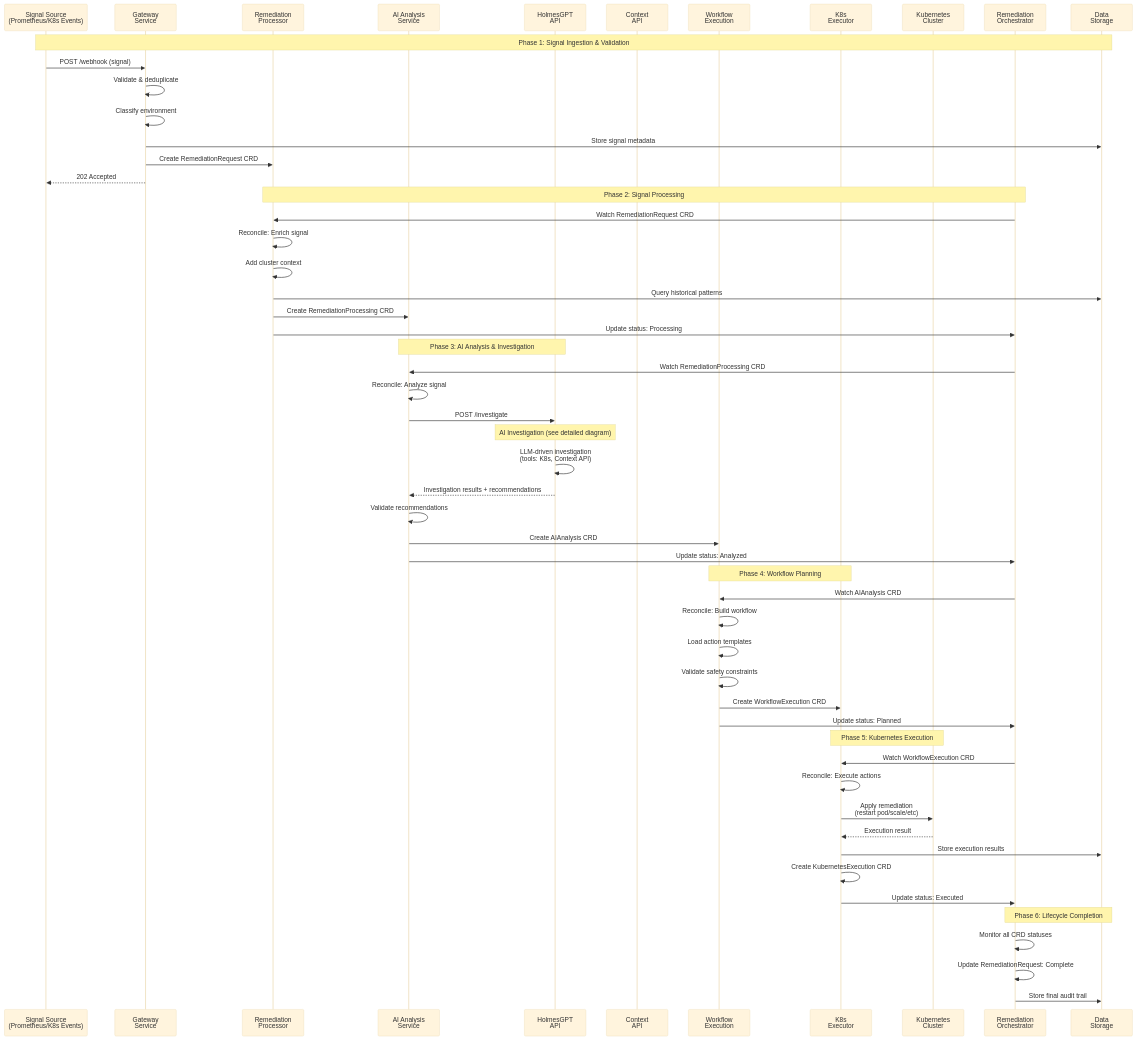
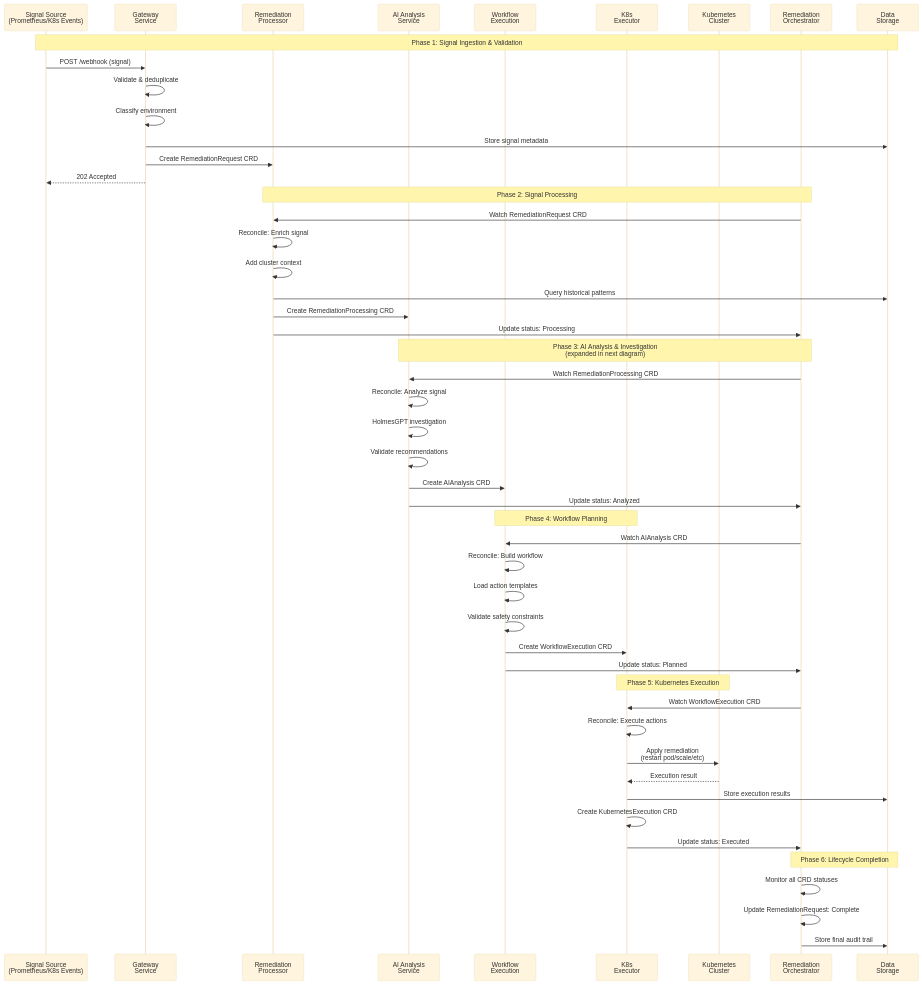
One commit to jordigilh/kubernaut changed the second of 3 diagrams in docs/architecture/APPROVED_MICROSERVICES_ARCHITECTURE.md. Above: the diagram before and after it, drawn with Mermaid (base theme).

First paragraph of the commit message:
docs(architecture): Abstract AI investigation from happy path diagram
Fully abstracted AI investigation details from the happy path sequence diagram for maximum clarity and readability.

````diff
--- a/docs/architecture/APPROVED_MICROSERVICES_ARCHITECTURE.md
+++ b/docs/architecture/APPROVED_MICROSERVICES_ARCHITECTURE.md
@@ -217,65 +217,58 @@
 ```mermaid
 sequenceDiagram
     participant SRC as Signal Source<br/>(Prometheus/K8s Events)
     participant GW as Gateway<br/>Service
     participant RP as Remediation<br/>Processor
     participant AI as AI Analysis<br/>Service
-    participant HGP as HolmesGPT<br/>API
-    participant CTX as Context<br/>API
     participant WF as Workflow<br/>Execution
     participant EX as K8s<br/>Executor
     participant K8S as Kubernetes<br/>Cluster
     participant ORCH as Remediation<br/>Orchestrator
     participant ST as Data<br/>Storage
 
     Note over SRC,ST: Phase 1: Signal Ingestion & Validation
     SRC->>GW: POST /webhook (signal)
     GW->>GW: Validate & deduplicate
     GW->>GW: Classify environment
     GW->>ST: Store signal metadata
     GW->>RP: Create RemediationRequest CRD
     GW-->>SRC: 202 Accepted
 
     Note over RP,ORCH: Phase 2: Signal Processing
     ORCH->>RP: Watch RemediationRequest CRD
     RP->>RP: Reconcile: Enrich signal
     RP->>RP: Add cluster context
     RP->>ST: Query historical patterns
     RP->>AI: Create RemediationProcessing CRD
     RP->>ORCH: Update status: Processing
 
-    Note over AI,HGP: Phase 3: AI Analysis & Investigation
+    Note over AI,ORCH: Phase 3: AI Analysis & Investigation<br/>(expanded in next diagram)
     ORCH->>AI: Watch RemediationProcessing CRD
     AI->>AI: Reconcile: Analyze signal
-    AI->>HGP: POST /investigate
-    
-    Note over HGP: AI Investigation (see detailed diagram)
-    HGP->>HGP: LLM-driven investigation<br/>(tools: K8s, Context API)
-    
-    HGP-->>AI: Investigation results + recommendations
+    AI->>AI: HolmesGPT investigation
     AI->>AI: Validate recommendations
     AI->>WF: Create AIAnalysis CRD
     AI->>ORCH: Update status: Analyzed
 
     Note over WF,EX: Phase 4: Workflow Planning
     ORCH->>WF: Watch AIAnalysis CRD
     WF->>WF: Reconcile: Build workflow
     WF->>WF: Load action templates
     WF->>WF: Validate safety constraints
     WF->>EX: Create WorkflowExecution CRD
     WF->>ORCH: Update status: Planned
 
     Note over EX,K8S: Phase 5: Kubernetes Execution
     ORCH->>EX: Watch WorkflowExecution CRD
     EX->>EX: Reconcile: Execute actions
     EX->>K8S: Apply remediation<br/>(restart pod/scale/etc)
     K8S-->>EX: Execution result
     EX->>ST: Store execution results
     EX->>EX: Create KubernetesExecution CRD
     EX->>ORCH: Update status: Executed
 
     Note over ORCH,ST: Phase 6: Lifecycle Completion
     ORCH->>ORCH: Monitor all CRD statuses
     ORCH->>ORCH: Update RemediationRequest: Complete
     ORCH->>ST: Store final audit trail
 ```
````
